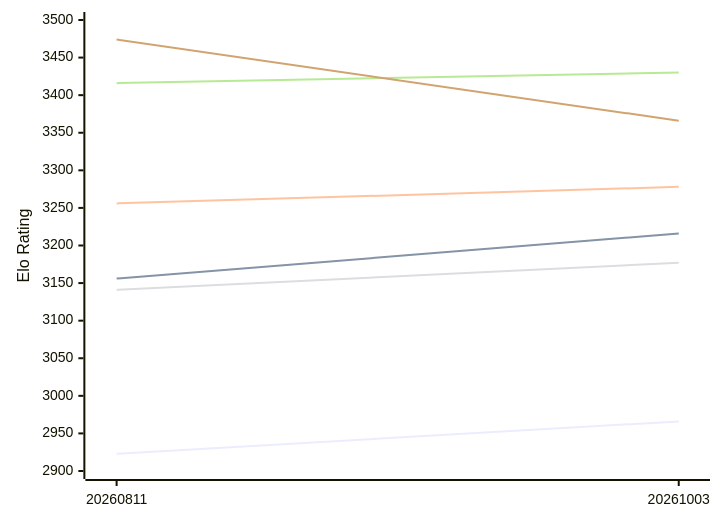
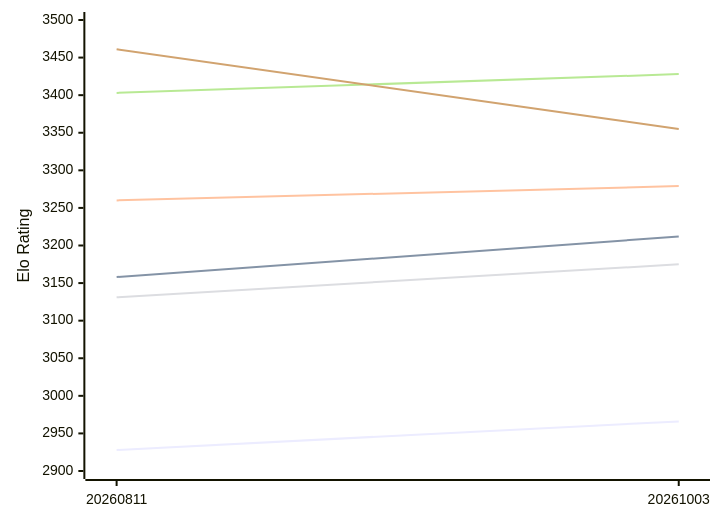
The first of 2 diagrams in engines/Askaig.md (computer-chess-index/cci), drawn with Mermaid before and after one commit. The commit also changed other lines of this file, not shown here.

Commit message:
Update CCI Ratings (ELO VLTC) - 2026-10-13

````diff
--- a/engines/Askaig.md
+++ b/engines/Askaig.md
@@ -52,12 +52,12 @@
 ```mermaid
 %%{init: {"theme":"base","themeVariables":{"seriesColors:['#a3a3a3','#222221','#faa371']}}}%%
 xychart-beta
   x-axis ["20260811", "20261003"]
   y-axis "Elo Rating" 2900 --> 3500
-  line "E1: STC (8.0+0.08s)" [2923, 2966]
-  line "E1: LTC (60.0+0.60s)" [3156, 3216]
-  line "E1: VLTC (2m24s+1.12s)" [3256, 3278]
-  line "P1: STC (8.0+0.08s)" [3141, 3177]
-  line "P1: LTC (60.0+0.60s)" [3416, 3430]
-  line "P1: VLTC (2m24s+1.12s)" [3474, 3366]
+  line "E1: STC (8.0+0.08s)" [2928, 2966]
+  line "E1: LTC (60.0+0.60s)" [3158, 3212]
+  line "E1: VLTC (2m24s+1.12s)" [3260, 3279]
+  line "P1: STC (8.0+0.08s)" [3131, 3175]
+  line "P1: LTC (60.0+0.60s)" [3403, 3428]
+  line "P1: VLTC (2m24s+1.12s)" [3461, 3355]
 ```
````
